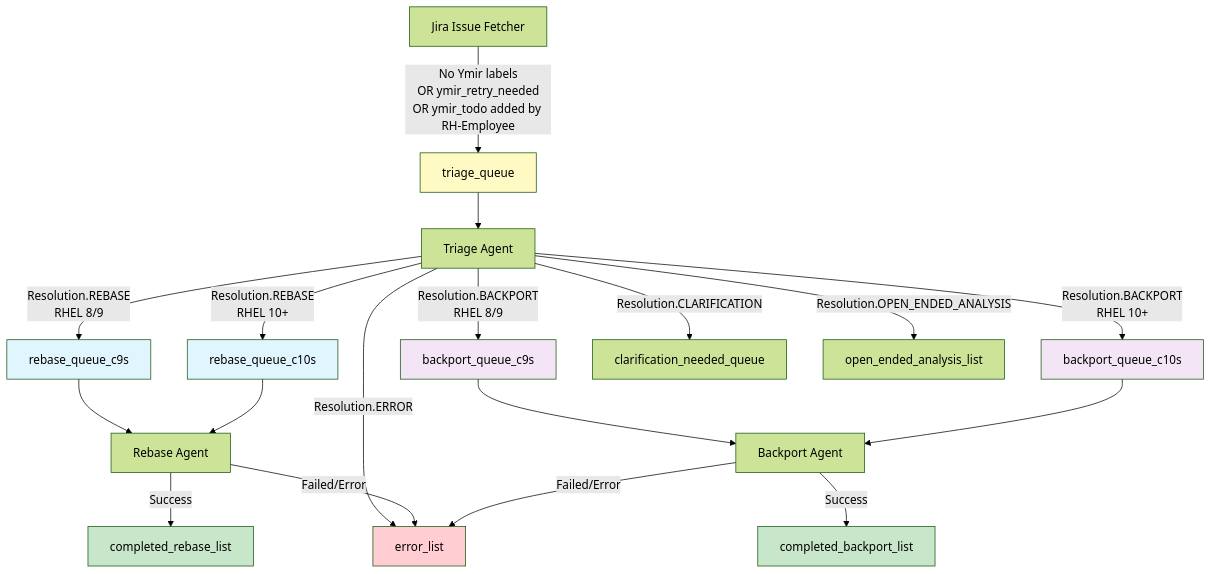
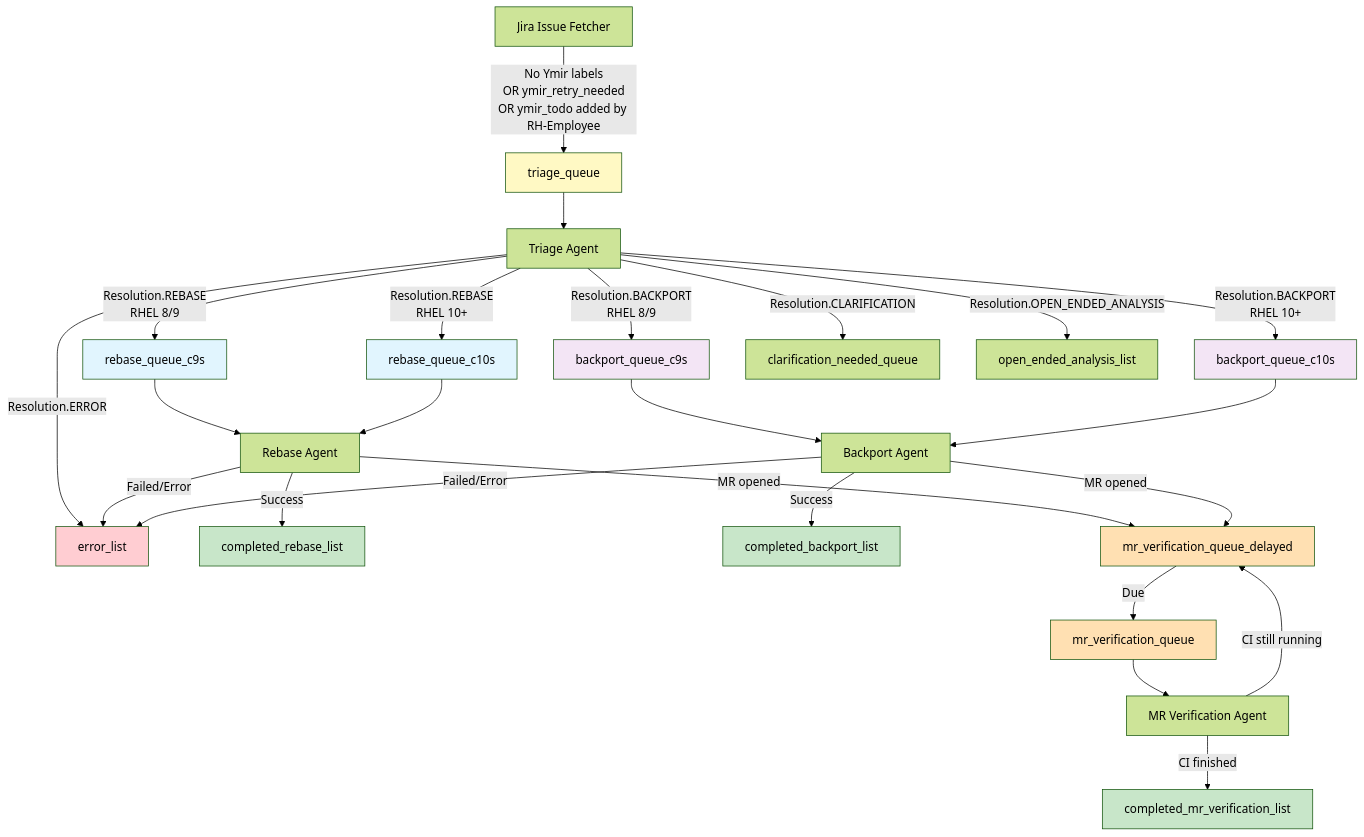
One commit to packit/ai-workflows changed the second of 3 diagrams in jira_label_workflow_routing.md. Above: the diagram before and after it, drawn with Mermaid (forest theme). The commit also changed other lines of this file and 30 other files, not shown here.

Commit message:
Add MR verification agent

````diff
--- a/jira_label_workflow_routing.md
+++ b/jira_label_workflow_routing.md
@@ -31,35 +31,45 @@
 ```mermaid
 flowchart TD
     FETCH[Jira Issue Fetcher]
 
     FETCH -->|No Ymir labels<br/>OR ymir_retry_needed<br/>OR ymir_todo added by RH-Employee| TRIAGE[triage_queue]
 
     TRIAGE --> TRIAGE_AGENT[Triage Agent]
 
     TRIAGE_AGENT -->|Resolution.REBASE<br/>RHEL 8/9| REBASE_C9S[rebase_queue_c9s]
     TRIAGE_AGENT -->|Resolution.REBASE<br/>RHEL 10+| REBASE_C10S[rebase_queue_c10s]
     TRIAGE_AGENT -->|Resolution.BACKPORT<br/>RHEL 8/9| BACKPORT_C9S[backport_queue_c9s]
     TRIAGE_AGENT -->|Resolution.BACKPORT<br/>RHEL 10+| BACKPORT_C10S[backport_queue_c10s]
     TRIAGE_AGENT -->|Resolution.CLARIFICATION| CLARIFY[clarification_needed_queue]
     TRIAGE_AGENT -->|Resolution.OPEN_ENDED_ANALYSIS| ANALYSIS[open_ended_analysis_list]
     TRIAGE_AGENT -->|Resolution.ERROR| ERROR[error_list]
 
     REBASE_C9S --> REBASE_AGENT[Rebase Agent]
     REBASE_C10S --> REBASE_AGENT
     BACKPORT_C9S --> BACKPORT_AGENT[Backport Agent]
     BACKPORT_C10S --> BACKPORT_AGENT
 
     REBASE_AGENT -->|Success| COMPLETED_R[completed_rebase_list]
     REBASE_AGENT -->|Failed/Error| ERROR
     BACKPORT_AGENT -->|Success| COMPLETED_B[completed_backport_list]
     BACKPORT_AGENT -->|Failed/Error| ERROR
 
+    REBASE_AGENT -->|MR opened| MRVERIFY_DELAYED[mr_verification_queue_delayed]
+    BACKPORT_AGENT -->|MR opened| MRVERIFY_DELAYED
+    MRVERIFY_DELAYED -->|Due| MRVERIFY[mr_verification_queue]
+    MRVERIFY --> MRVERIFY_AGENT[MR Verification Agent]
+    MRVERIFY_AGENT -->|CI still running| MRVERIFY_DELAYED
+    MRVERIFY_AGENT -->|CI finished| COMPLETED_V[completed_mr_verification_list]
+
     style TRIAGE fill:#fff9c4
     style REBASE_C9S fill:#e1f5fe
     style REBASE_C10S fill:#e1f5fe
     style BACKPORT_C9S fill:#f3e5f5
     style BACKPORT_C10S fill:#f3e5f5
     style ERROR fill:#ffcdd2
     style COMPLETED_R fill:#c8e6c9
     style COMPLETED_B fill:#c8e6c9
+    style MRVERIFY fill:#ffe0b2
+    style MRVERIFY_DELAYED fill:#ffe0b2
+    style COMPLETED_V fill:#c8e6c9
 ```
````
